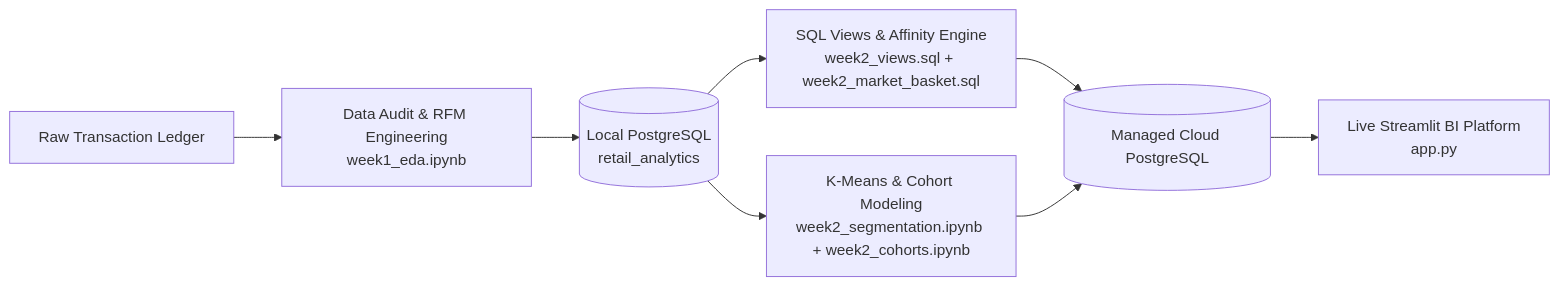
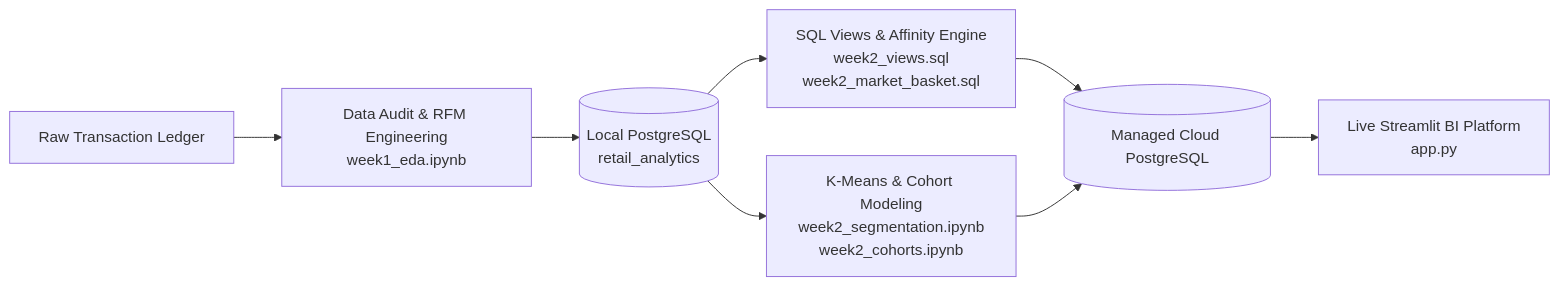
The diagram in README.md (Riddhis2226/Consumer-360), drawn with Mermaid before and after one commit. The commit also changed other lines of this file, not shown here.

````diff
--- a/README.md
+++ b/README.md
@@ -50,10 +52,10 @@
 ```mermaid
 flowchart LR
-    A["Raw Transaction Ledger"] --> B["Data Audit & RFM Engineering\nweek1_eda.ipynb"]
-    B --> C[("Local PostgreSQL\nretail_analytics")]
-    C --> D["SQL Views & Affinity Engine\nweek2_views.sql + week2_market_basket.sql"]
-    C --> E["K-Means & Cohort Modeling\nweek2_segmentation.ipynb + week2_cohorts.ipynb"]
+    A["Raw Transaction Ledger"] --> B["Data Audit & RFM Engineering<br/>week1_eda.ipynb"]
+    B --> C[("Local PostgreSQL<br/>retail_analytics")]
+    C --> D["SQL Views & Affinity Engine<br/>week2_views.sql<br/>week2_market_basket.sql"]
+    C --> E["K-Means & Cohort Modeling<br/>week2_segmentation.ipynb<br/>week2_cohorts.ipynb"]
     D --> F[("Managed Cloud PostgreSQL")]
     E --> F
-    F --> G["Live Streamlit BI Platform\napp.py"]
+    F --> G["Live Streamlit BI Platform<br/>app.py"]
 ```
````
